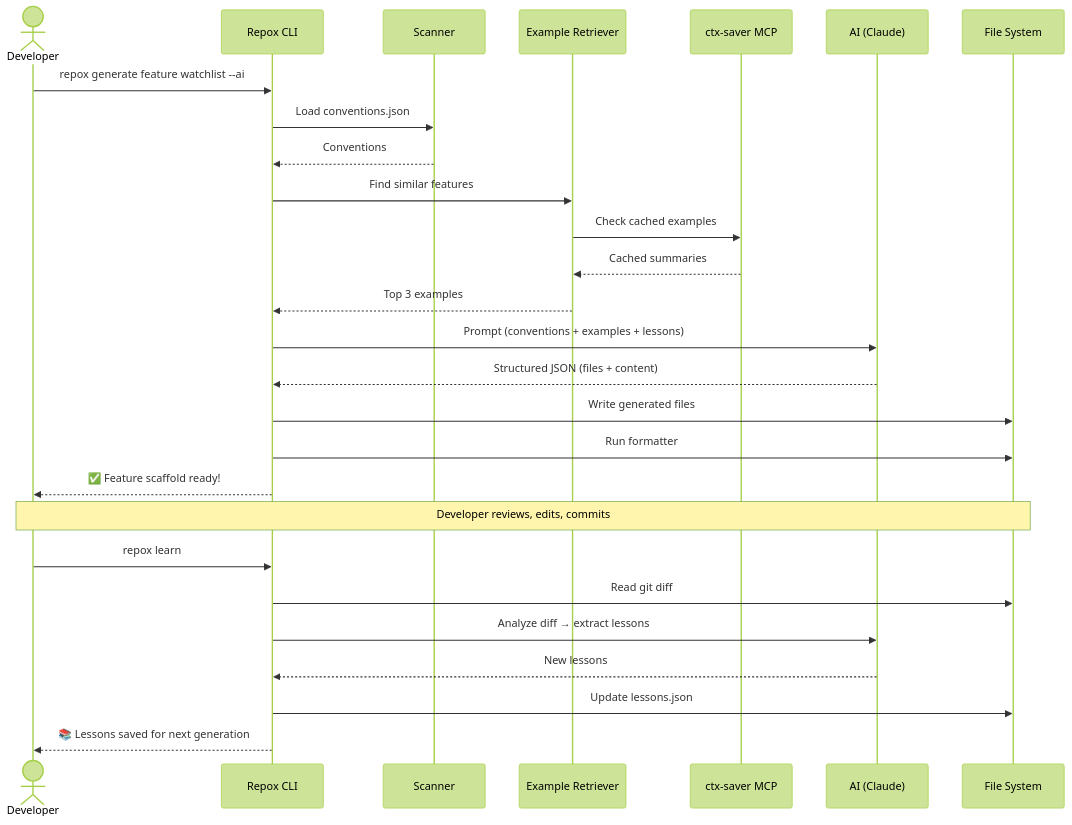
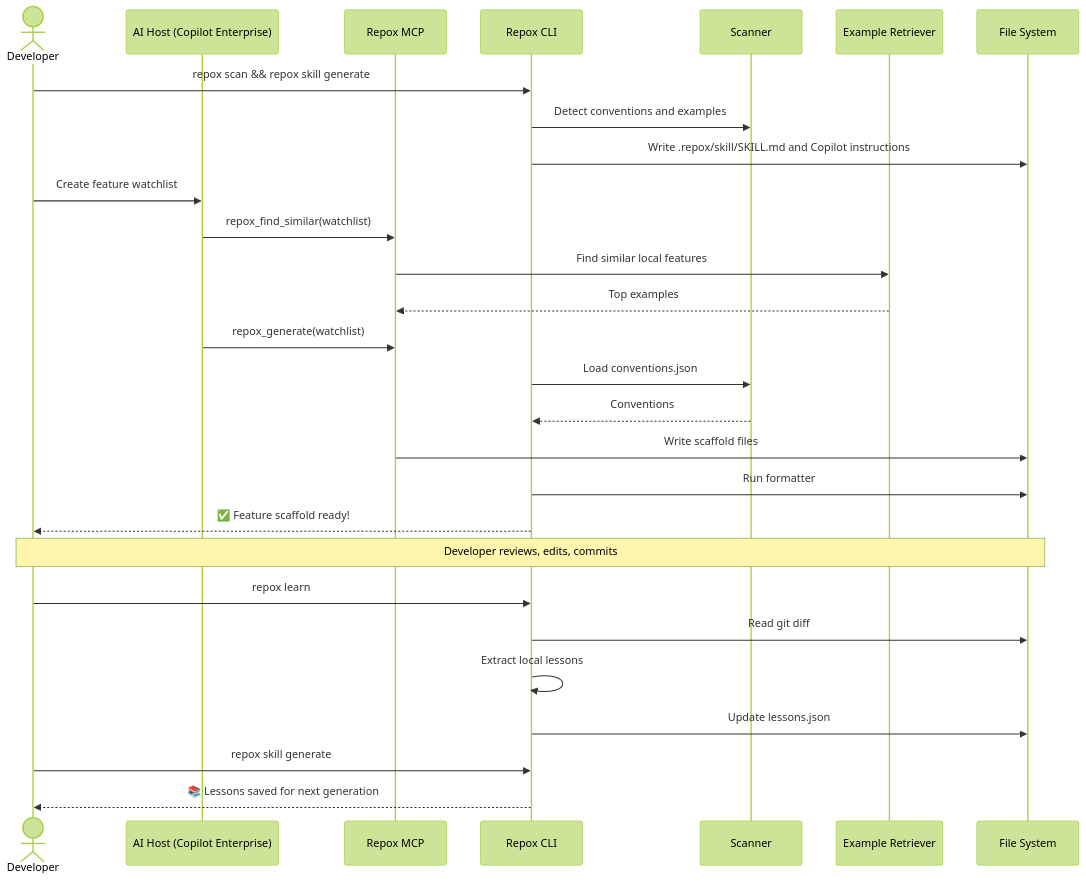
The third of 4 diagrams in README.md (ChonlakanSutthimatmongkhol/repox), drawn with Mermaid (forest theme) before and after one commit. The commit also changed other lines of this file and 17 other files, not shown here.

Commit message:
feat: make repox offline-only project skill tool

````diff
--- a/README.md
+++ b/README.md
@@ -264,32 +258,33 @@
 ```mermaid
 sequenceDiagram
     actor Dev as Developer
+    participant Host as AI Host (Copilot Enterprise)
+    participant MCP as Repox MCP
     participant CLI as Repox CLI
     participant Scanner as Scanner
     participant Retriever as Example Retriever
-    participant CTX as ctx-saver MCP
-    participant AI as AI (Claude)
     participant FS as File System
 
-    Dev->>CLI: repox generate feature watchlist --ai
+    Dev->>CLI: repox scan && repox skill generate
+    CLI->>Scanner: Detect conventions and examples
+    CLI->>FS: Write .repox/skill/SKILL.md and Copilot instructions
+    Dev->>Host: Create feature watchlist
+    Host->>MCP: repox_find_similar(watchlist)
+    MCP->>Retriever: Find similar local features
+    Retriever-->>MCP: Top examples
+    Host->>MCP: repox_generate(watchlist)
     CLI->>Scanner: Load conventions.json
     Scanner-->>CLI: Conventions
-    CLI->>Retriever: Find similar features
-    Retriever->>CTX: Check cached examples
-    CTX-->>Retriever: Cached summaries
-    Retriever-->>CLI: Top 3 examples
-    CLI->>AI: Prompt (conventions + examples + lessons)
-    AI-->>CLI: Structured JSON (files + content)
-    CLI->>FS: Write generated files
+    MCP->>FS: Write scaffold files
     CLI->>FS: Run formatter
     CLI-->>Dev: ✅ Feature scaffold ready!
 
     Note over Dev,FS: Developer reviews, edits, commits
 
     Dev->>CLI: repox learn
     CLI->>FS: Read git diff
-    CLI->>AI: Analyze diff → extract lessons
-    AI-->>CLI: New lessons
+    CLI->>CLI: Extract local lessons
     CLI->>FS: Update lessons.json
+    Dev->>CLI: repox skill generate
     CLI-->>Dev: 📚 Lessons saved for next generation
 ```
````
